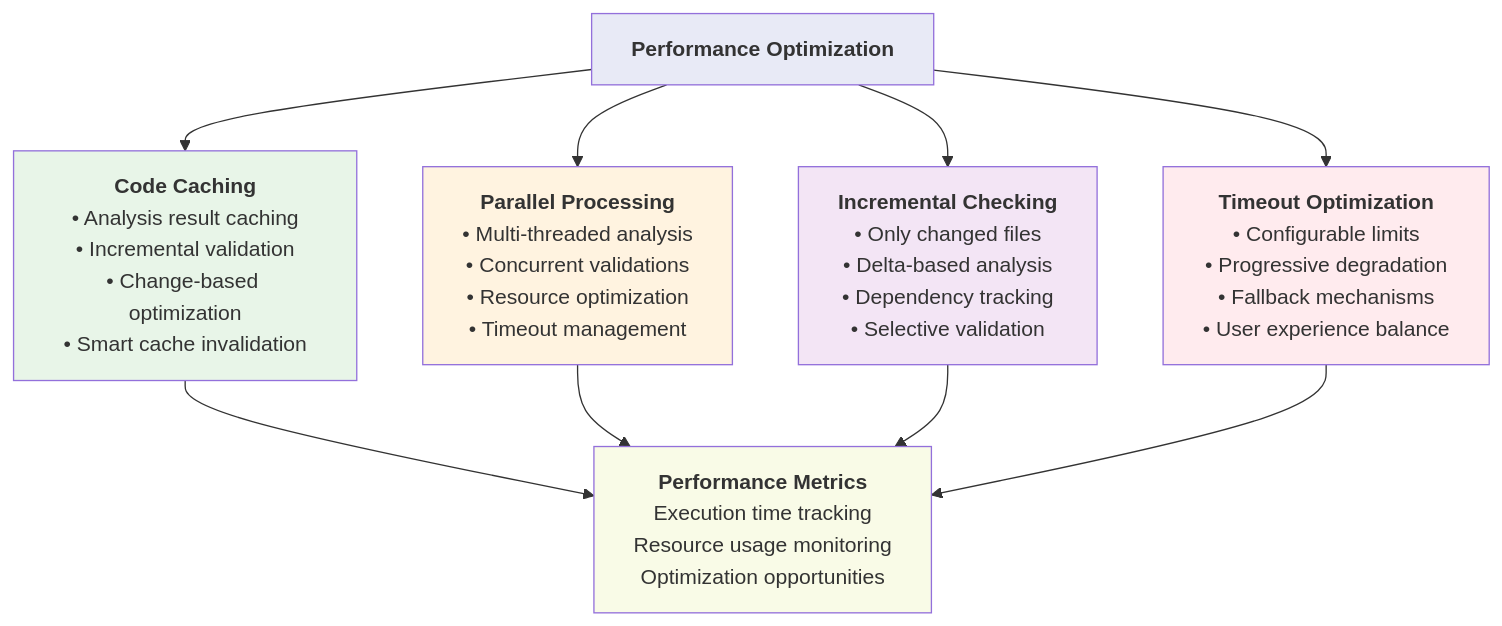
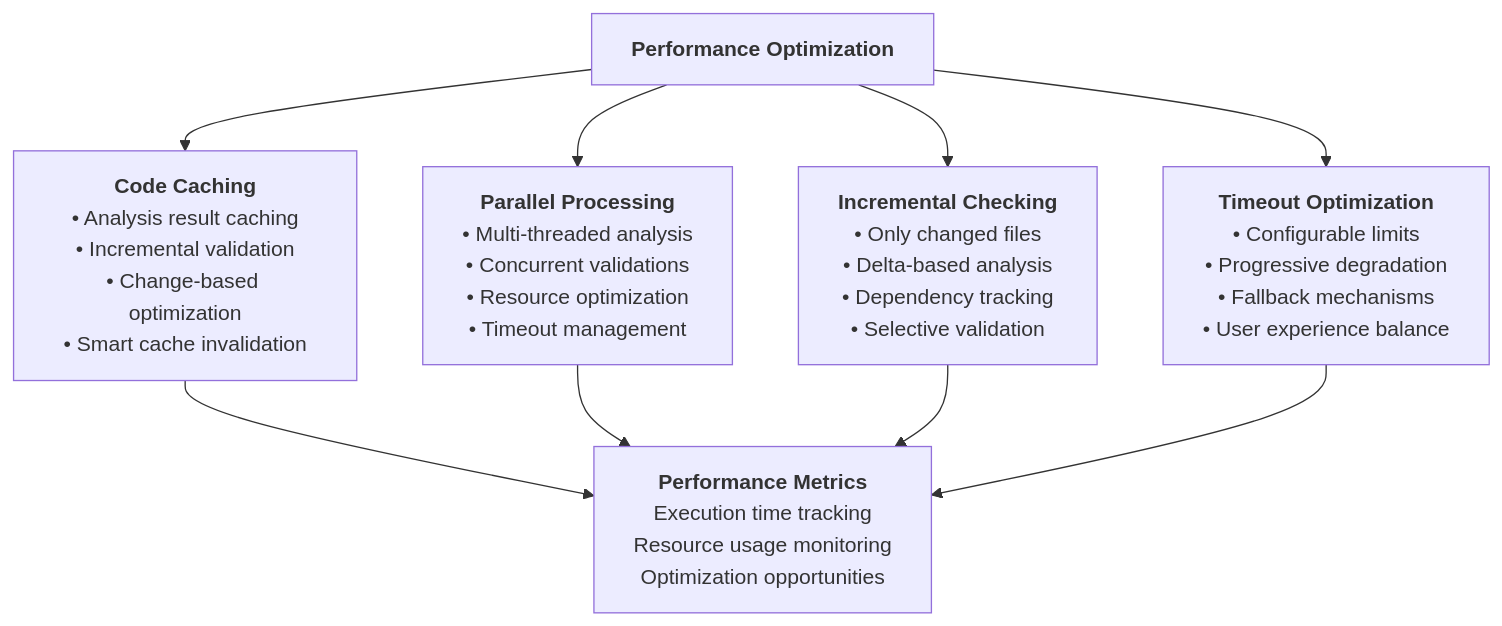
Before and after one commit to geogoesbeepboop/mastro: the sixth of 10 diagrams in docs/diagrams/mastro-hooks-flow.md, drawn with Mermaid. The commit also changed other lines of this file and 5 other files, not shown here.

First line of the commit message:
docs: update analytics and flow diagrams for clarity

````diff
--- a/docs/diagrams/mastro-hooks-flow.md
+++ b/docs/diagrams/mastro-hooks-flow.md
@@ -294,42 +304,44 @@
 ```mermaid
+
 graph TD
     PO["`**Performance Optimization**`"] --> CC["`**Code Caching**
     • Analysis result caching
     • Incremental validation
     • Change-based optimization
     • Smart cache invalidation`"]
     
     PO --> PL["`**Parallel Processing**
     • Multi-threaded analysis
     • Concurrent validations
     • Resource optimization
     • Timeout management`"]
     
     PO --> IC["`**Incremental Checking**
     • Only changed files
     • Delta-based analysis
     • Dependency tracking
     • Selective validation`"]
     
     PO --> TO["`**Timeout Optimization**
     • Configurable limits
     • Progressive degradation
     • Fallback mechanisms
     • User experience balance`"]
     
     CC --> PM["`**Performance Metrics**
     Execution time tracking
     Resource usage monitoring
     Optimization opportunities`"]
     
     PL --> PM
     IC --> PM
     TO --> PM
 
-    style PO fill:#e8eaf6
-    style CC fill:#e8f5e8
-    style PL fill:#fff3e0
-    style IC fill:#f3e5f5
-    style TO fill:#ffebee
-    style PM fill:#f9fbe7
+    style PO fill:#e8eaf6 color:#000000
+    style CC fill:#e8f5e8 color:#000000
+    style PL fill:#fff3e0 color:#000000
+    style IC fill:#f3e5f5 color:#000000
+    style TO fill:#ffebee color:#000000
+    style PM fill:#f9fbe7 color:#000000
+
 ```
````
